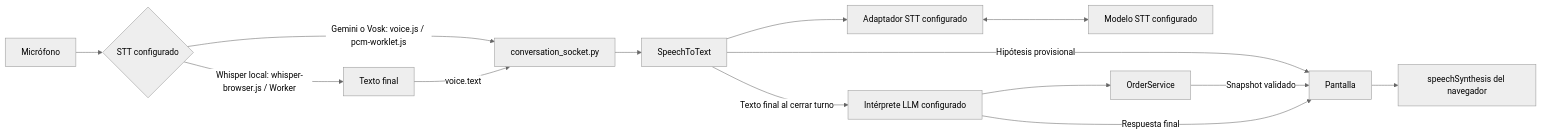
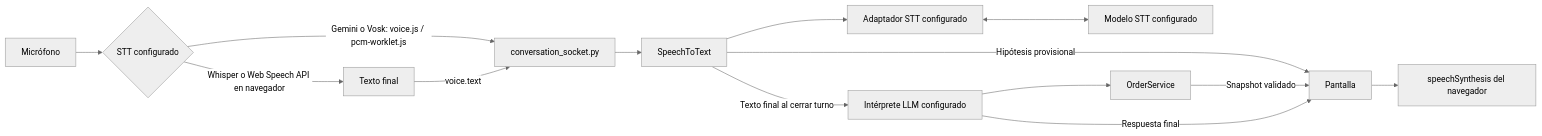
Before and after one commit to gsierra1/self_order: the diagram in docs/voz.md, drawn with Mermaid (neutral theme). The commit also changed other lines of this file and 13 other files, not shown here.

Commit message:
implemento stt: web speech api

````diff
--- a/docs/voz.md
+++ b/docs/voz.md
@@ -7,16 +7,16 @@
 ```mermaid
 flowchart LR
     M[Micrófono] --> V{STT configurado}
     V -->|Gemini o Vosk: voice.js / pcm-worklet.js| W[conversation_socket.py]
-    V -->|Whisper local: whisper-browser.js / Worker| BT[Texto final]
+    V -->|Whisper o Web Speech API en navegador| BT[Texto final]
     BT -->|voice.text| W
     W --> T[SpeechToText]
     T --> GT[Adaptador STT configurado]
     GT <--> G[Modelo STT configurado]
     T -->|Hipótesis provisional| UI[Pantalla]
     T -->|Texto final al cerrar turno| O[Intérprete LLM configurado]
     O --> S[OrderService]
     S -->|Snapshot validado| UI
     O -->|Respuesta final| UI
     UI --> R[speechSynthesis del navegador]
 ```
````
